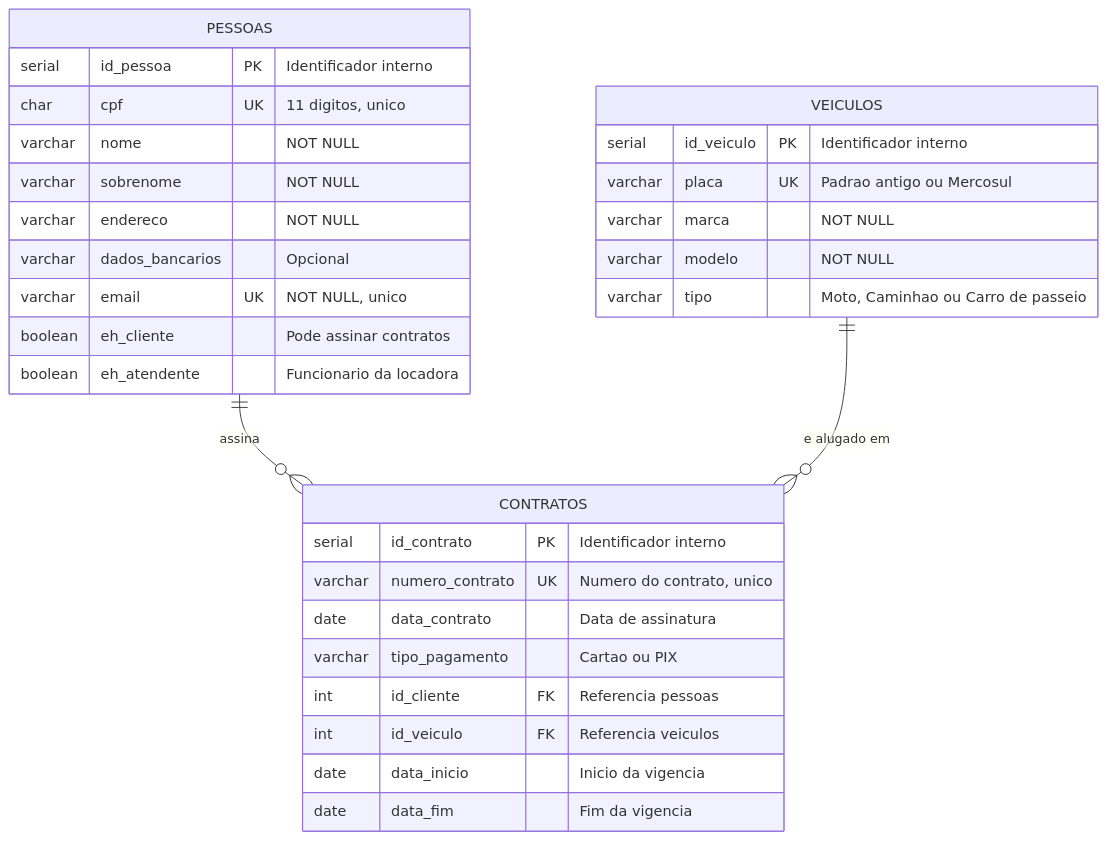
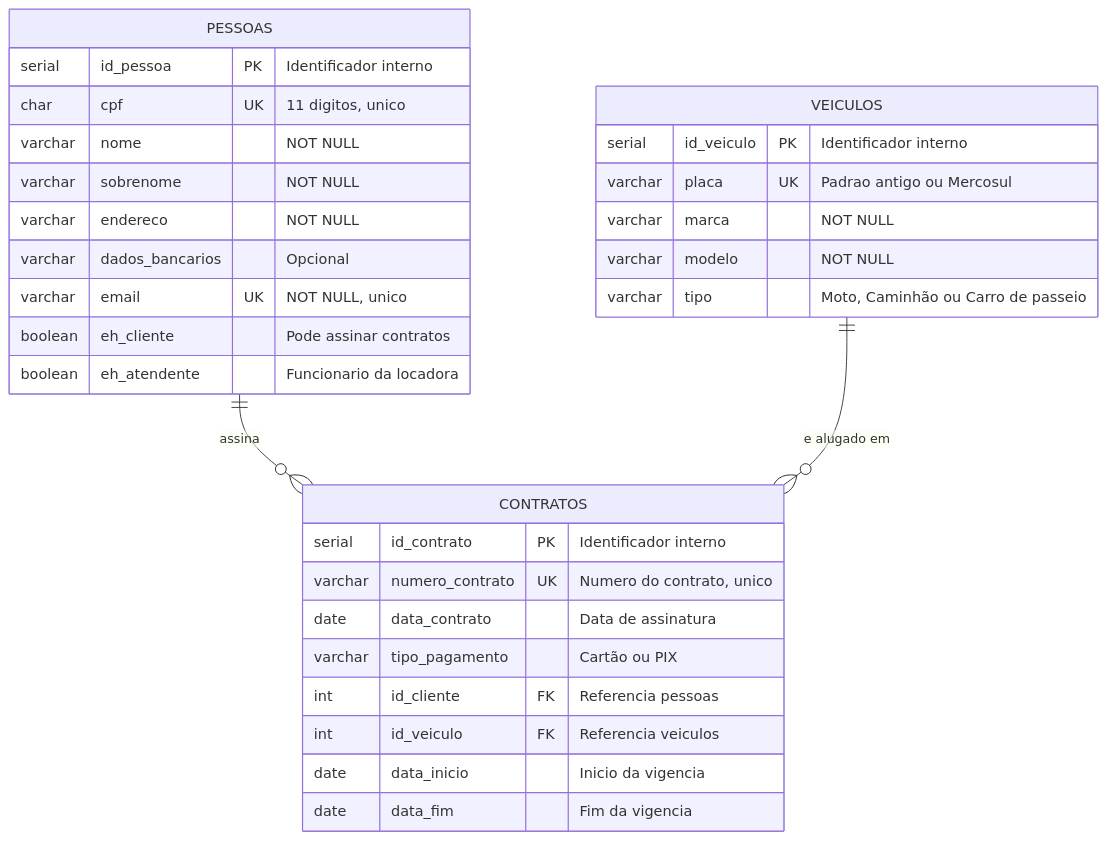
Before and after one commit to hectorex/sistema-aluguel-carros-BD: the diagram in README.md, drawn with Mermaid. The commit also changed other lines of this file, not shown here.

Commit message:
docs: adiciona diagrama do modelo de dados e estrutura dos scripts

````diff
--- a/README.md
+++ b/README.md
@@ -35,36 +36,36 @@
 ```mermaid
 erDiagram
     PESSOAS ||--o{ CONTRATOS : "assina"
     VEICULOS ||--o{ CONTRATOS : "e alugado em"
 
     PESSOAS {
         serial  id_pessoa       PK "Identificador interno"
         char    cpf             UK "11 digitos, unico"
         varchar nome               "NOT NULL"
         varchar sobrenome          "NOT NULL"
         varchar endereco           "NOT NULL"
         varchar dados_bancarios    "Opcional"
         varchar email           UK "NOT NULL, unico"
         boolean eh_cliente         "Pode assinar contratos"
         boolean eh_atendente       "Funcionario da locadora"
     }
 
     VEICULOS {
         serial  id_veiculo PK "Identificador interno"
         varchar placa      UK "Padrao antigo ou Mercosul"
         varchar marca         "NOT NULL"
         varchar modelo        "NOT NULL"
-        varchar tipo          "Moto, Caminhao ou Carro de passeio"
+        varchar tipo          "Moto, Caminhão ou Carro de passeio"
     }
 
     CONTRATOS {
         serial  id_contrato     PK "Identificador interno"
         varchar numero_contrato UK "Numero do contrato, unico"
         date    data_contrato      "Data de assinatura"
-        varchar tipo_pagamento     "Cartao ou PIX"
+        varchar tipo_pagamento     "Cartão ou PIX"
         int     id_cliente      FK "Referencia pessoas"
         int     id_veiculo      FK "Referencia veiculos"
         date    data_inicio        "Inicio da vigencia"
         date    data_fim           "Fim da vigencia"
     }
 ```
````
